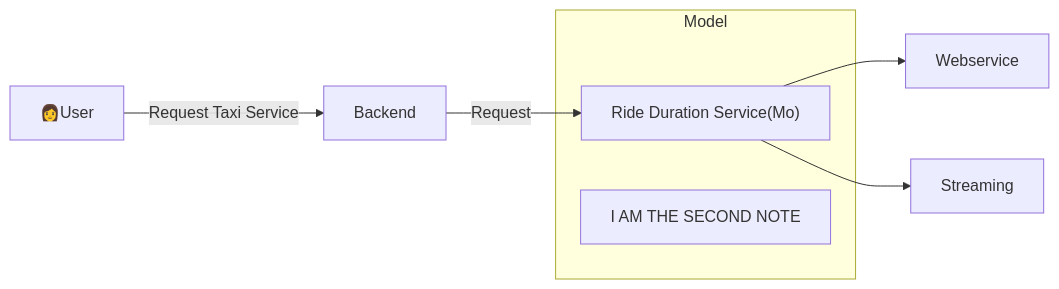
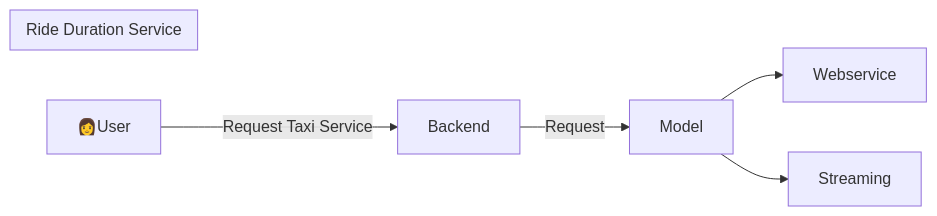
One commit to mossdet/mlops-dlp changed the second of 2 diagrams in week04/README.md. Above: the diagram before and after it, drawn with Mermaid.

````diff
--- a/week04/README.md
+++ b/week04/README.md
@@ -25,15 +25,13 @@
 ```mermaid
 graph LR
     classDef sub opacity:0
     classDef note fill:#ffd, stroke:#ccb
 
     User[👩User]--> |Request Taxi Service| Backend[Backend]
-    Backend--> |Request| RideDurationService["Ride Duration Service(Mo)"]    
+    Backend--> |Request| RideDurationService["Model"]    
     RideDurationService--> WebService[Webservice]
     RideDurationService--> Streaming[Streaming]
 
-    subgraph subRideDurationService ["Model"]
-        RideDurationService
-        noteRideDurationService[I AM THE SECOND NOTE]
+    subgraph subRideDurationService ["Ride Duration Service"]
     end
 ```
````
